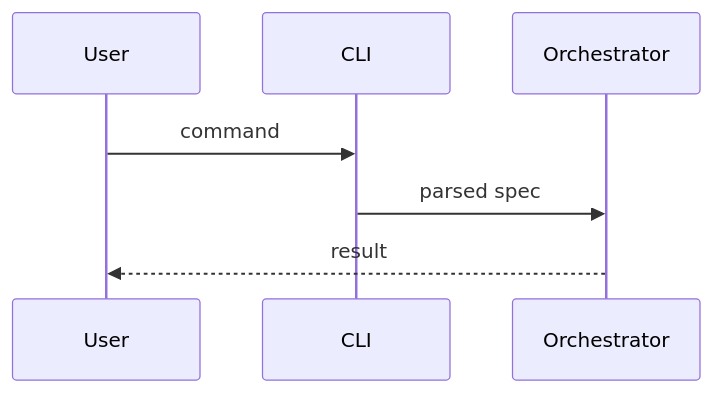
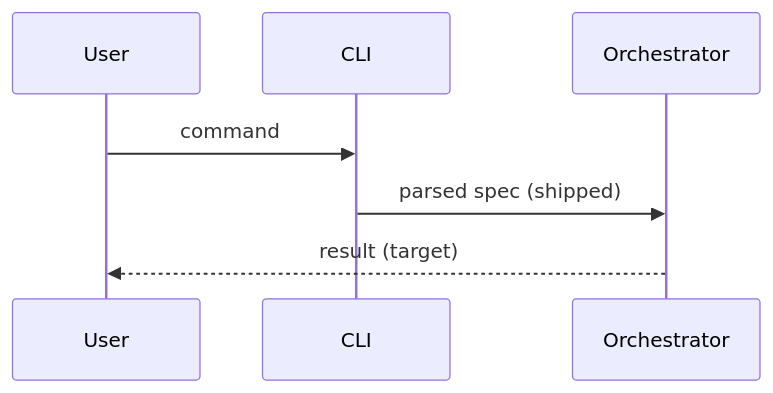
One commit to chonalchendo/anvil changed the first of 2 diagrams in anvil/skills/writing-system-design/references/phases.md. Above: the diagram before and after it, drawn with Mermaid. The commit also changed other lines of this file and 3 other files, not shown here.

````diff
--- a/anvil/skills/writing-system-design/references/phases.md
+++ b/anvil/skills/writing-system-design/references/phases.md
@@ -41,9 +41,9 @@
 ```mermaid
 sequenceDiagram
     participant User
     participant CLI
     participant Orchestrator
     User->>CLI: command
-    CLI->>Orchestrator: parsed spec
-    Orchestrator-->>User: result
+    CLI->>Orchestrator: parsed spec (shipped)
+    Orchestrator-->>User: result (target)
 ```
````
